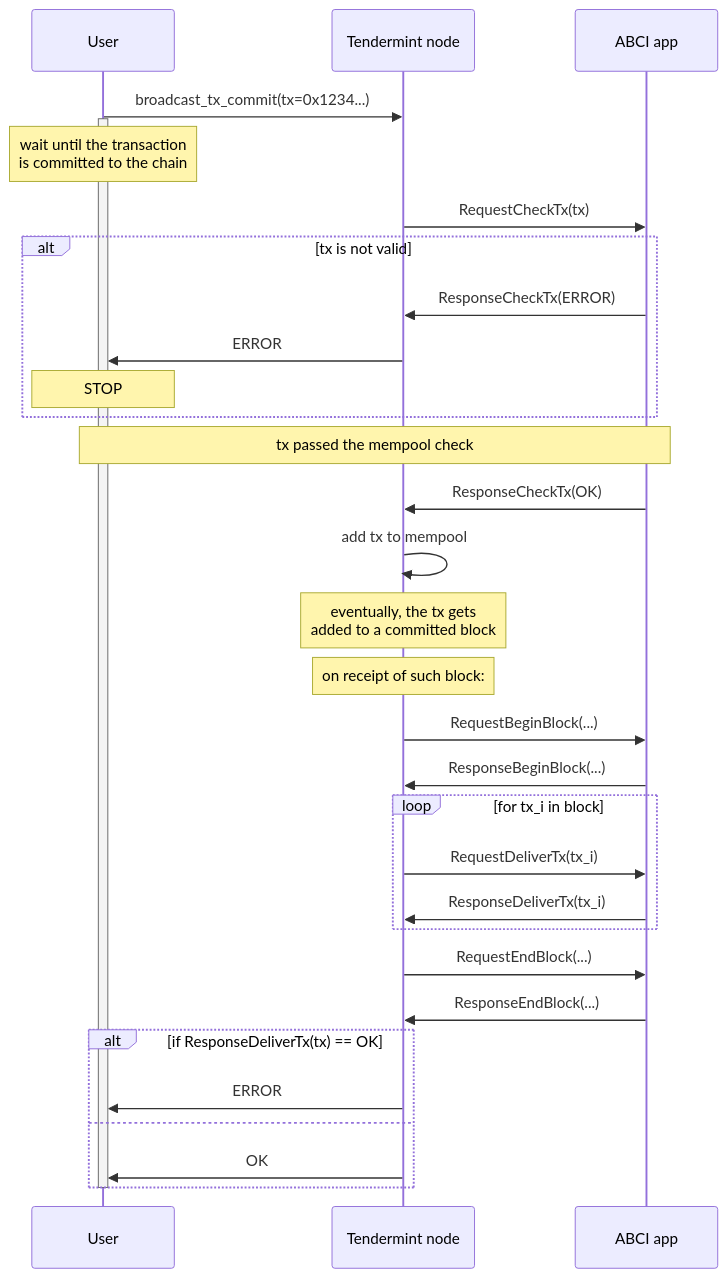
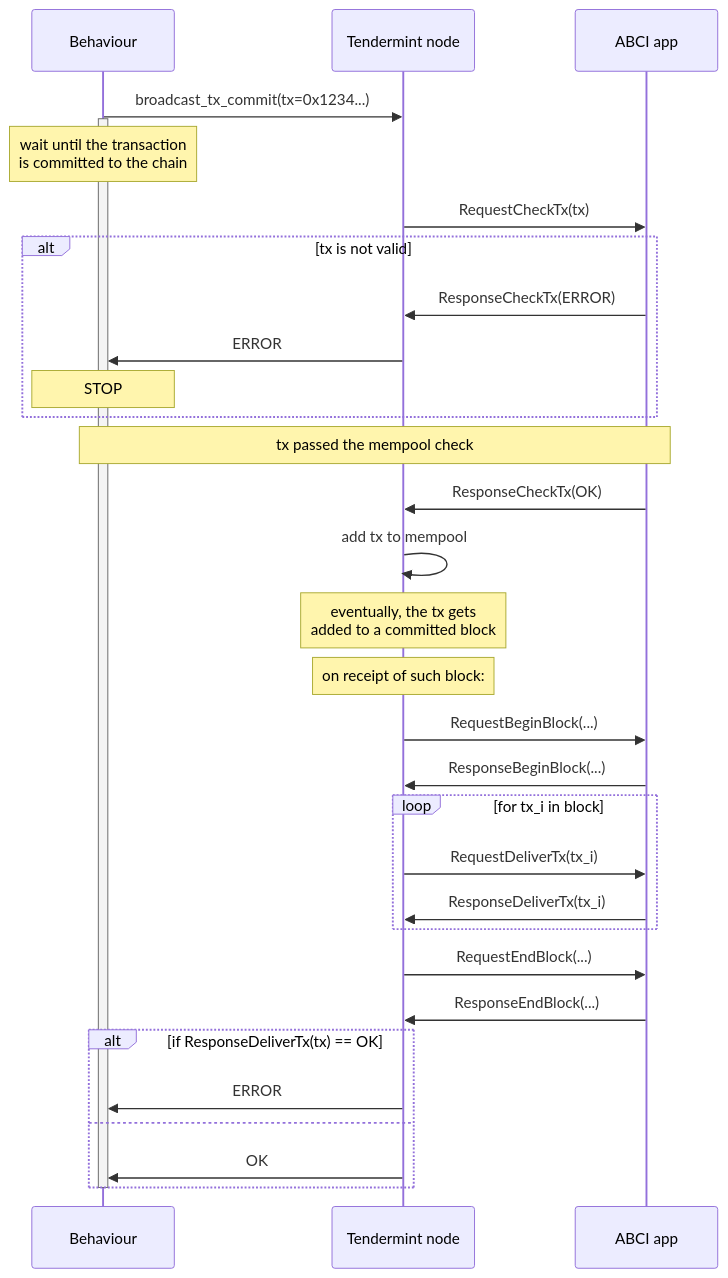
Before and after one commit to valory-xyz/open-autonomy: the third of 4 diagrams in docs/abci-implementation.md, drawn with Mermaid. The commit also changed other lines of this file, not shown here.

Commit message:
docs: replace user with behaviour

```diff
--- a/docs/abci-implementation.md
+++ b/docs/abci-implementation.md
@@ -106,39 +104,39 @@
 <div class="mermaid">
     sequenceDiagram
 
-        participant User
+        participant Behaviour
         participant Tendermint node
         participant ABCI app
 
-        User->>Tendermint node: broadcast_tx_commit(tx=0x1234...)
-        activate User
-        note over User: wait until the transaction<br/>is committed to the chain
+        Behaviour->>Tendermint node: broadcast_tx_commit(tx=0x1234...)
+        activate Behaviour
+        note over Behaviour: wait until the transaction<br/>is committed to the chain
 
         Tendermint node->>ABCI app: RequestCheckTx(tx)
         alt tx is not valid
           ABCI app->>Tendermint node: ResponseCheckTx(ERROR)
-          Tendermint node->>User: ERROR
-          note over User: STOP
+          Tendermint node->>Behaviour: ERROR
+          note over Behaviour: STOP
         end
-        note over User, ABCI app: tx passed the mempool check
+        note over Behaviour, ABCI app: tx passed the mempool check
         ABCI app->>Tendermint node: ResponseCheckTx(OK)
         Tendermint node->>Tendermint node: add tx to mempool
         note over Tendermint node: eventually, the tx gets<br/>added to a committed block
         note over Tendermint node: on receipt of such block:
         Tendermint node->>ABCI app: RequestBeginBlock(...)
         ABCI app->>Tendermint node: ResponseBeginBlock(...)
         loop for tx_i in block
           Tendermint node->>ABCI app: RequestDeliverTx(tx_i)
           ABCI app->>Tendermint node: ResponseDeliverTx(tx_i)
         end
         Tendermint node->>ABCI app: RequestEndBlock(...)
         ABCI app->>Tendermint node: ResponseEndBlock(...)
 
         alt if ResponseDeliverTx(tx) == OK
-          Tendermint node->>User: ERROR
+          Tendermint node->>Behaviour: ERROR
         else
-          Tendermint node->>User: OK
+          Tendermint node->>Behaviour: OK
         end
-        deactivate User
+        deactivate Behaviour
 
 </div>
```
